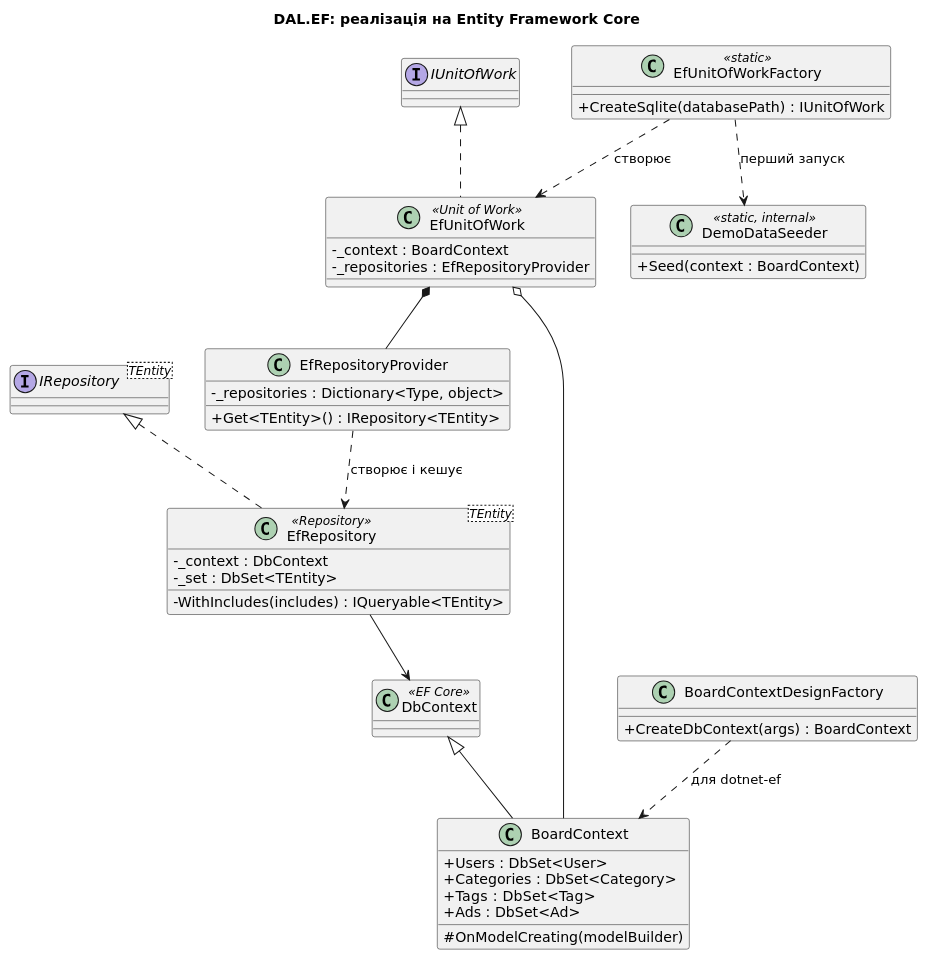
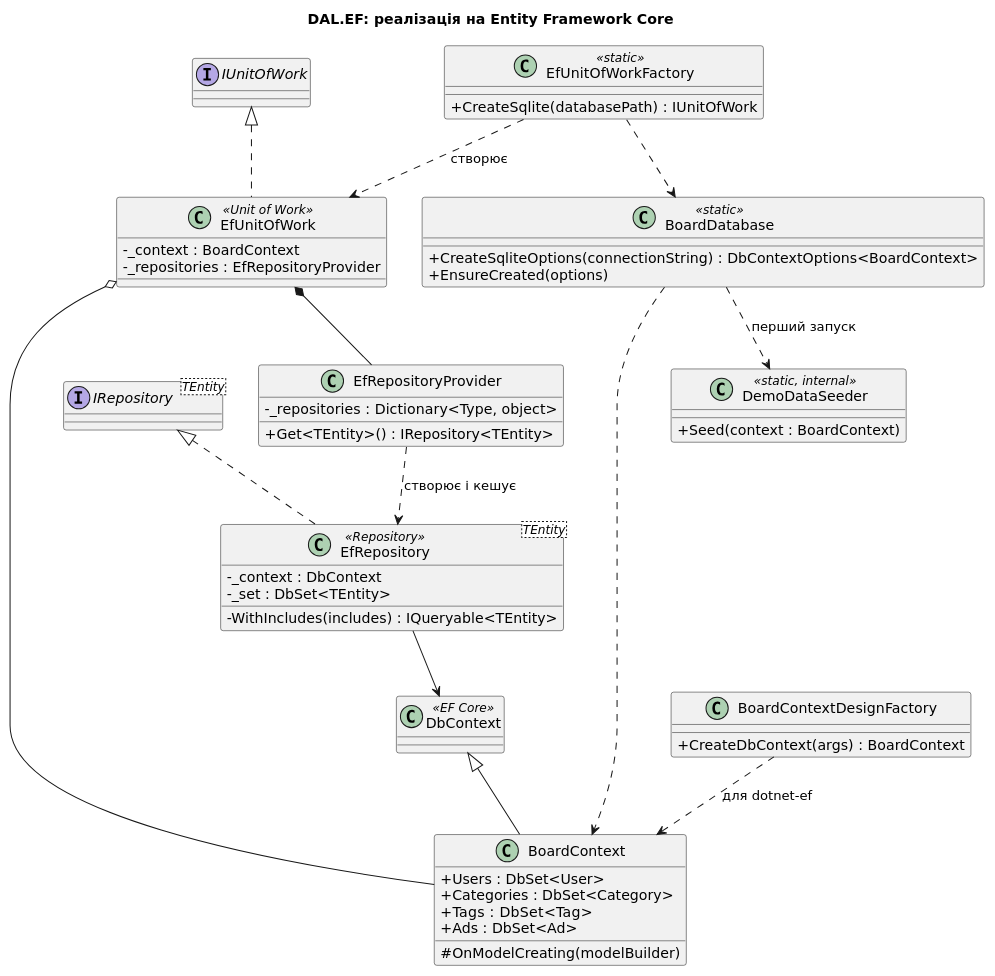
The diagram in docs/3-dal-ef.puml (01eksandr0/Bz-121-24-1-PI-bulletin-board), drawn with PlantUML before and after one commit. The commit also changed 60 other files, not shown here.

```diff
--- a/docs/3-dal-ef.puml
+++ b/docs/3-dal-ef.puml
@@ -1,50 +1,56 @@
 @startuml
 skinparam defaultFontName DejaVu Sans
 skinparam shadowing false
 skinparam classAttributeIconSize 0
 skinparam packageStyle rectangle
 title DAL.EF: реалізація на Entity Framework Core
 
 interface "IRepository<TEntity>" as IRepo
 interface IUnitOfWork
 class DbContext <<EF Core>>
 class BoardContext {
   + Users : DbSet<User>
   + Categories : DbSet<Category>
   + Tags : DbSet<Tag>
   + Ads : DbSet<Ad>
   # OnModelCreating(modelBuilder)
 }
 class "EfRepository<TEntity>" as EfRepo <<Repository>> {
   - _context : DbContext
   - _set : DbSet<TEntity>
   - WithIncludes(includes) : IQueryable<TEntity>
 }
 class EfRepositoryProvider {
   - _repositories : Dictionary<Type, object>
   + Get<TEntity>() : IRepository<TEntity>
 }
 class EfUnitOfWork <<Unit of Work>> {
   - _context : BoardContext
   - _repositories : EfRepositoryProvider
 }
 class EfUnitOfWorkFactory <<static>> {
   + CreateSqlite(databasePath) : IUnitOfWork
 }
+class BoardDatabase <<static>> {
+  + CreateSqliteOptions(connectionString) : DbContextOptions<BoardContext>
+  + EnsureCreated(options)
+}
 class DemoDataSeeder <<static, internal>> {
   + Seed(context : BoardContext)
 }
 class BoardContextDesignFactory {
   + CreateDbContext(args) : BoardContext
 }
 DbContext <|-- BoardContext
 IRepo <|.. EfRepo
 IUnitOfWork <|.. EfUnitOfWork
 EfUnitOfWork *-- EfRepositoryProvider
 EfUnitOfWork o-- BoardContext
 EfRepositoryProvider ..> EfRepo : створює і кешує
 EfRepo --> DbContext
 EfUnitOfWorkFactory ..> EfUnitOfWork : створює
-EfUnitOfWorkFactory ..> DemoDataSeeder : перший запуск
+EfUnitOfWorkFactory ..> BoardDatabase
+BoardDatabase ..> DemoDataSeeder : перший запуск
+BoardDatabase ..> BoardContext
 BoardContextDesignFactory ..> BoardContext : для dotnet-ef
 @enduml
```
